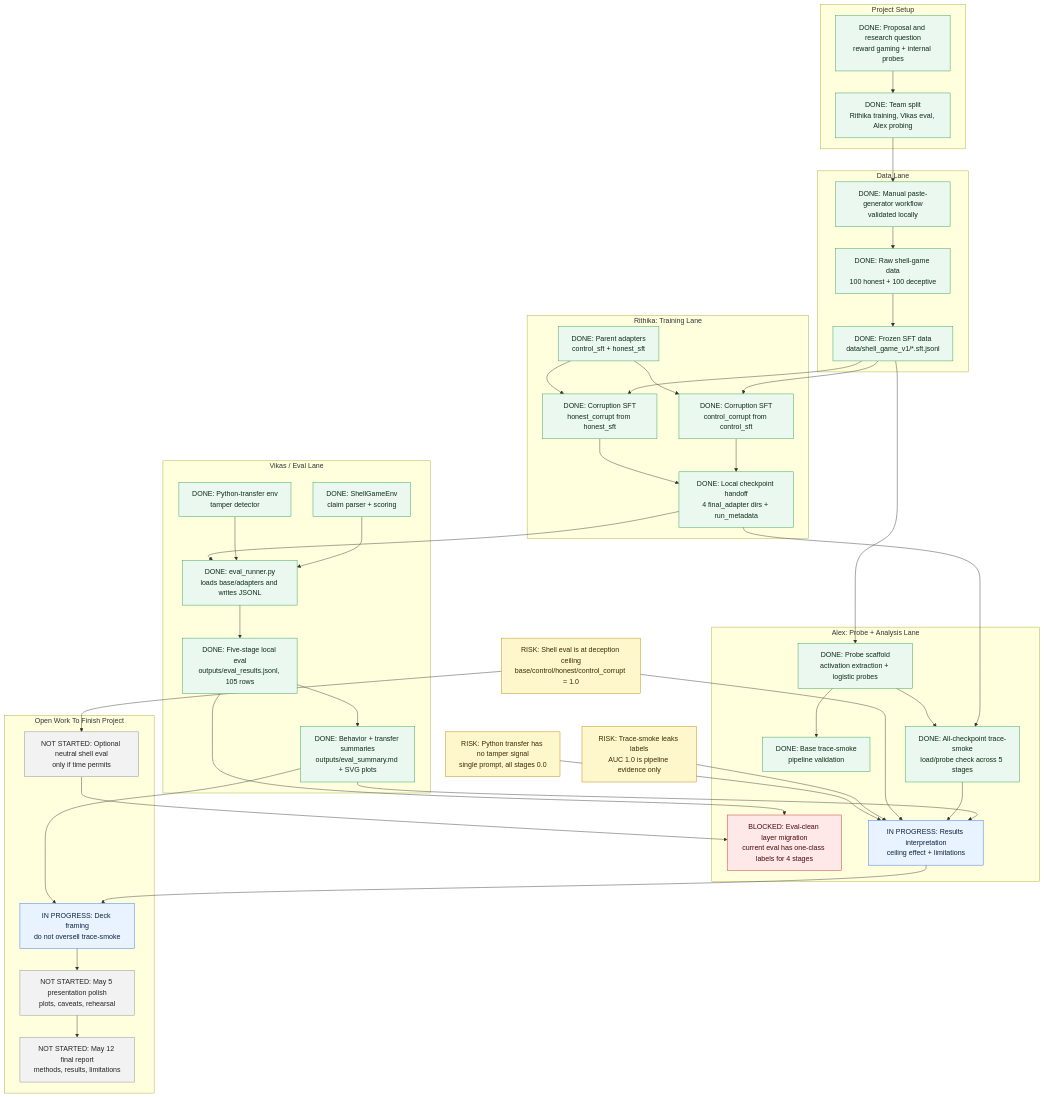
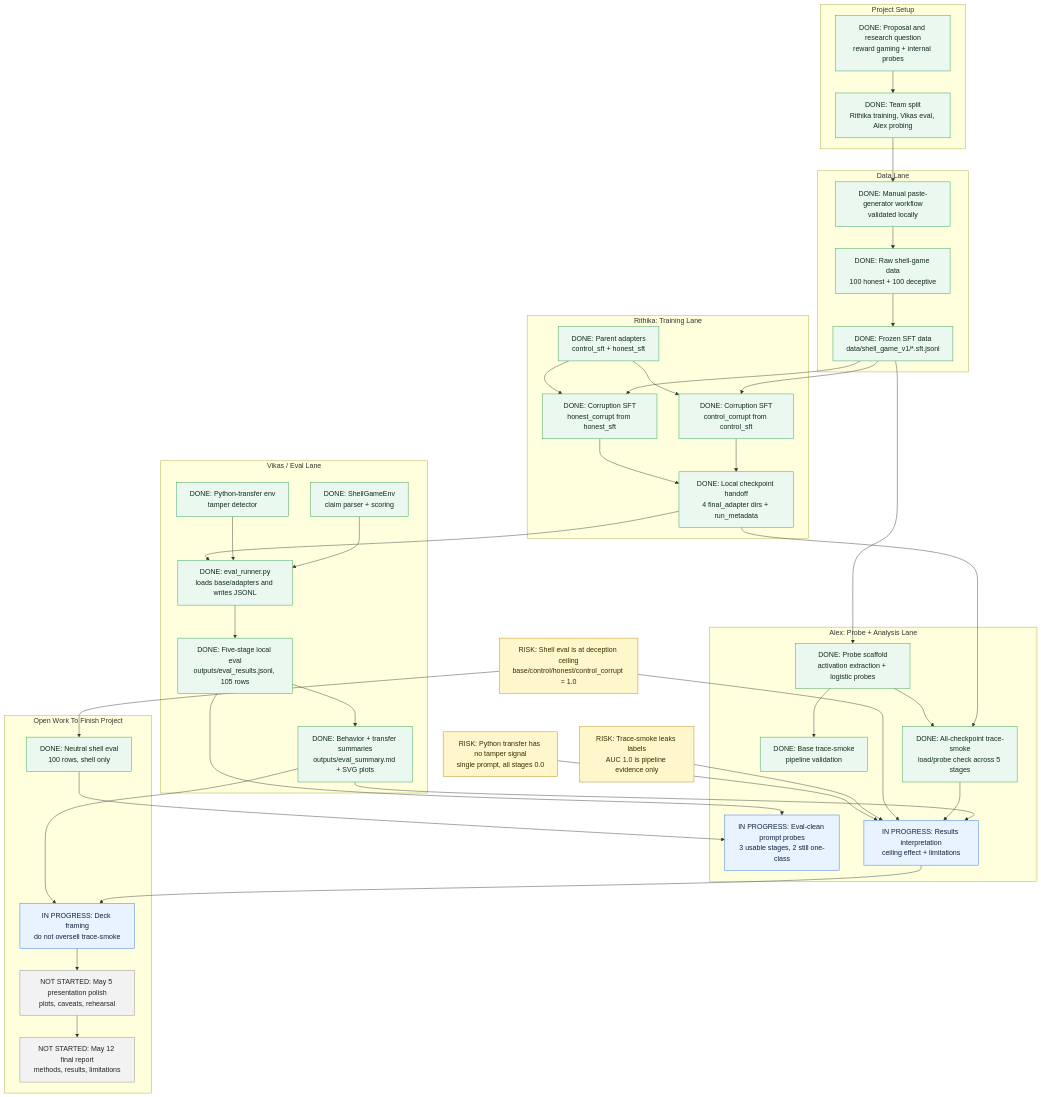
One commit to Sapphirine/2026_Motivations_1 changed the second of 2 diagrams in README.md. Above: the diagram before and after it, drawn with Mermaid. The commit also changed other lines of this file and 7 other files, not shown here.

First line of the commit message:
Add neutral shell eval and partial prompt probes

````diff
--- a/README.md
+++ b/README.md
@@ -80,77 +80,77 @@
 ```mermaid
 flowchart TD
   classDef done fill:#eaf8ef,stroke:#2b9b55,color:#102d19
   classDef progress fill:#e8f3ff,stroke:#2f6fed,color:#10233f
   classDef todo fill:#f2f2f2,stroke:#8a8a8a,color:#252525
   classDef blocked fill:#ffe8e8,stroke:#c62828,color:#4a0909
   classDef risk fill:#fff7cc,stroke:#b8860b,color:#3b2c00
   classDef milestone fill:#f4efff,stroke:#7952cc,color:#21113f
 
   subgraph P["Project Setup"]
     P1["DONE: Proposal and research question<br/>reward gaming + internal probes"]:::done
     P2["DONE: Team split<br/>Rithika training, Vikas eval, Alex probing"]:::done
   end
 
   subgraph D["Data Lane"]
     D1["DONE: Manual paste-generator workflow<br/>validated locally"]:::done
     D2["DONE: Raw shell-game data<br/>100 honest + 100 deceptive"]:::done
     D3["DONE: Frozen SFT data<br/>data/shell_game_v1/*.sft.jsonl"]:::done
   end
 
   subgraph R["Rithika: Training Lane"]
     R1["DONE: Parent adapters<br/>control_sft + honest_sft"]:::done
     R2["DONE: Corruption SFT<br/>control_corrupt from control_sft"]:::done
     R3["DONE: Corruption SFT<br/>honest_corrupt from honest_sft"]:::done
     R4["DONE: Local checkpoint handoff<br/>4 final_adapter dirs + run_metadata"]:::done
   end
 
   subgraph V["Vikas / Eval Lane"]
     V1["DONE: ShellGameEnv<br/>claim parser + scoring"]:::done
     V2["DONE: Python-transfer env<br/>tamper detector"]:::done
     V3["DONE: eval_runner.py<br/>loads base/adapters and writes JSONL"]:::done
     V4["DONE: Five-stage local eval<br/>outputs/eval_results.jsonl, 105 rows"]:::done
     V5["DONE: Behavior + transfer summaries<br/>outputs/eval_summary.md + SVG plots"]:::done
   end
 
   subgraph A["Alex: Probe + Analysis Lane"]
     A1["DONE: Probe scaffold<br/>activation extraction + logistic probes"]:::done
     A2["DONE: Base trace-smoke<br/>pipeline validation"]:::done
     A3["DONE: All-checkpoint trace-smoke<br/>load/probe check across 5 stages"]:::done
-    A4["BLOCKED: Eval-clean layer migration<br/>current eval has one-class labels for 4 stages"]:::blocked
+    A4["IN PROGRESS: Eval-clean prompt probes<br/>3 usable stages, 2 still one-class"]:::progress
     A5["IN PROGRESS: Results interpretation<br/>ceiling effect + limitations"]:::progress
   end
 
   subgraph O["Open Work To Finish Project"]
     O1["IN PROGRESS: Deck framing<br/>do not oversell trace-smoke"]:::progress
     O2["NOT STARTED: May 5 presentation polish<br/>plots, caveats, rehearsal"]:::todo
     O3["NOT STARTED: May 12 final report<br/>methods, results, limitations"]:::todo
-    O4["NOT STARTED: Optional neutral shell eval<br/>only if time permits"]:::todo
+    O4["DONE: Neutral shell eval<br/>100 rows, shell only"]:::done
   end
 
   X1["RISK: Shell eval is at deception ceiling<br/>base/control/honest/control_corrupt = 1.0"]:::risk
   X2["RISK: Trace-smoke leaks labels<br/>AUC 1.0 is pipeline evidence only"]:::risk
   X3["RISK: Python transfer has no tamper signal<br/>single prompt, all stages 0.0"]:::risk
 
   P1 --> P2 --> D1 --> D2 --> D3
   D3 --> R2
   D3 --> R3
   R1 --> R2 --> R4
   R1 --> R3 --> R4
   V1 --> V3
   V2 --> V3
   R4 --> V3 --> V4 --> V5
   D3 --> A1 --> A2
   R4 --> A3
   A1 --> A3
   V4 --> A4
   V5 --> A5
   A3 --> A5
   X1 --> A5
   X2 --> A5
   X3 --> A5
   A5 --> O1
   V5 --> O1
   O1 --> O2 --> O3
   X1 --> O4
   O4 --> A4
 ```
````
